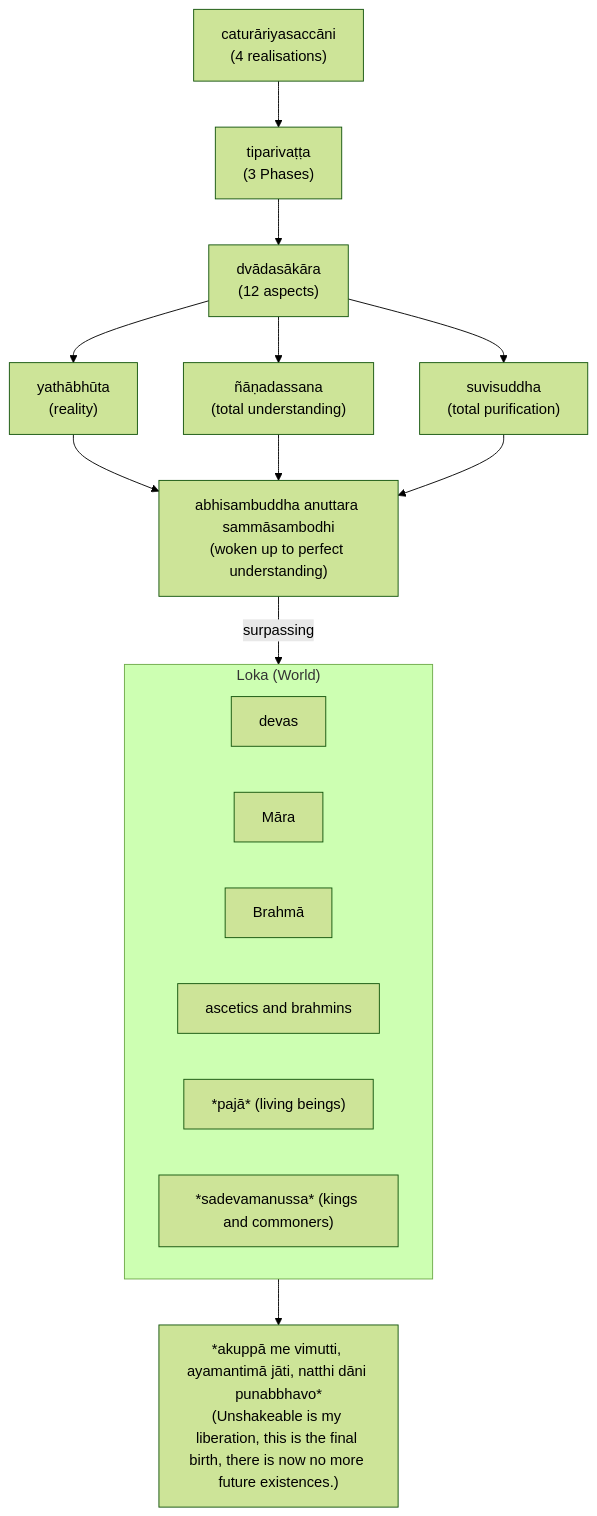
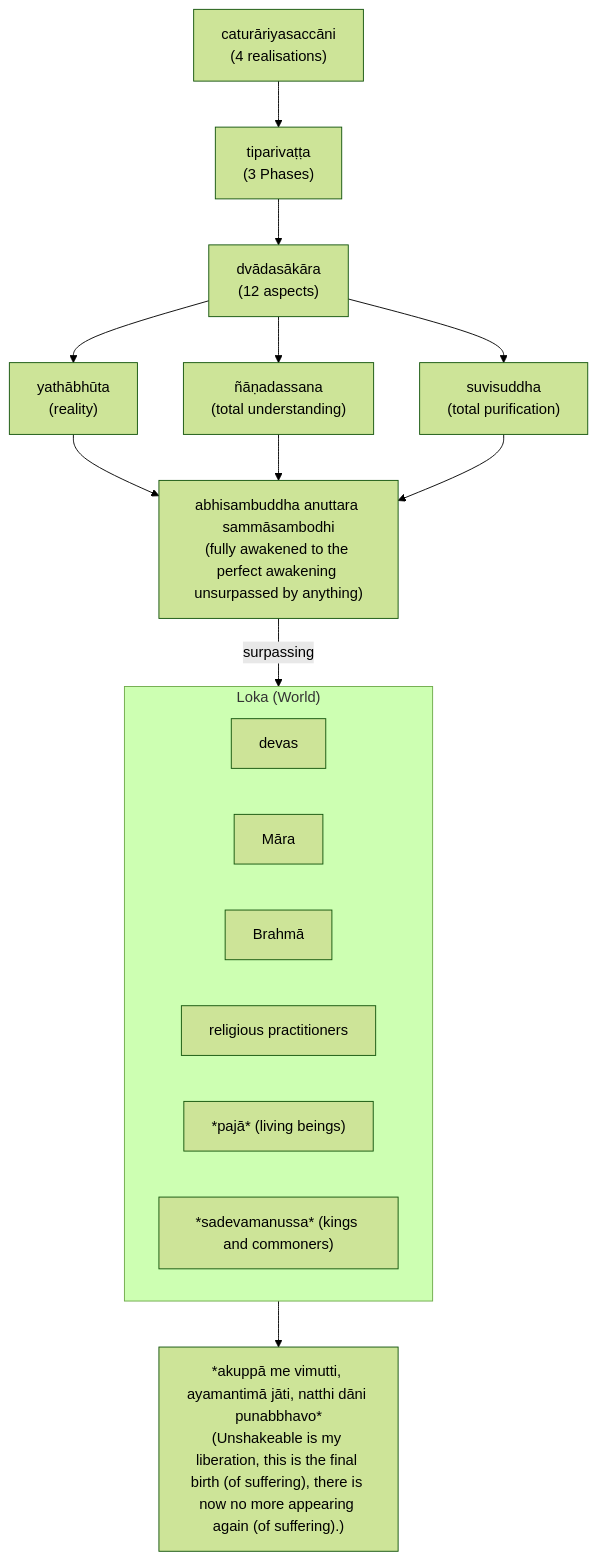
One commit to ChristineTham/buddhavacana changed the second of 2 diagrams in src/content/docs/Sutta/realisations.mdx. Above: the diagram before and after it, drawn with Mermaid (forest theme). The commit also changed other lines of this file, not shown here.

First line of the commit message:
fix(content): sutta/realisations aligned with chapter 5's wording and checked with kavi

````diff
--- a/src/content/docs/Sutta/realisations.mdx
+++ b/src/content/docs/Sutta/realisations.mdx
@@ -194,15 +193,15 @@
 ```mermaid
 graph
-    NT["caturāriyasaccāni<br>(4 realisations)"] --> P3["tiparivaṭṭa<br>(3 Phases)"] --> A12["dvādasākāra<br>(12 aspects)"] --> A & B & C --> D["abhisambuddha anuttara sammāsambodhi<br>(woken up to perfect understanding)"] -->|surpassing| L --> O["*akuppā me vimutti, ayamantimā jāti, natthi dāni punabbhavo*<br>(Unshakeable is my liberation, this is the final birth, there is now no more future existences.)"]
+    NT["caturāriyasaccāni<br>(4 realisations)"] --> P3["tiparivaṭṭa<br>(3 Phases)"] --> A12["dvādasākāra<br>(12 aspects)"] --> A & B & C --> D["abhisambuddha anuttara sammāsambodhi<br>(fully awakened to the perfect awakening unsurpassed by anything)"] -->|surpassing| L --> O["*akuppā me vimutti, ayamantimā jāti, natthi dāni punabbhavo*<br>(Unshakeable is my liberation, this is the final birth (of suffering), there is now no more appearing again (of suffering).)"]
     A["yathābhūta<br>(reality)"]
     B["ñāṇadassana<br>(total understanding)"]
     C["suvisuddha<br>(total purification)"]
     subgraph L["Loka (World)"]
         L1["devas"]
         L2["Māra"]
         L3["Brahmā"]
-        L4["ascetics and brahmins"]
+        L4["religious practitioners"]
         L5["*pajā* (living beings)"]
         L6["*sadevamanussa* (kings and commoners)"]
     end
 ```
````
